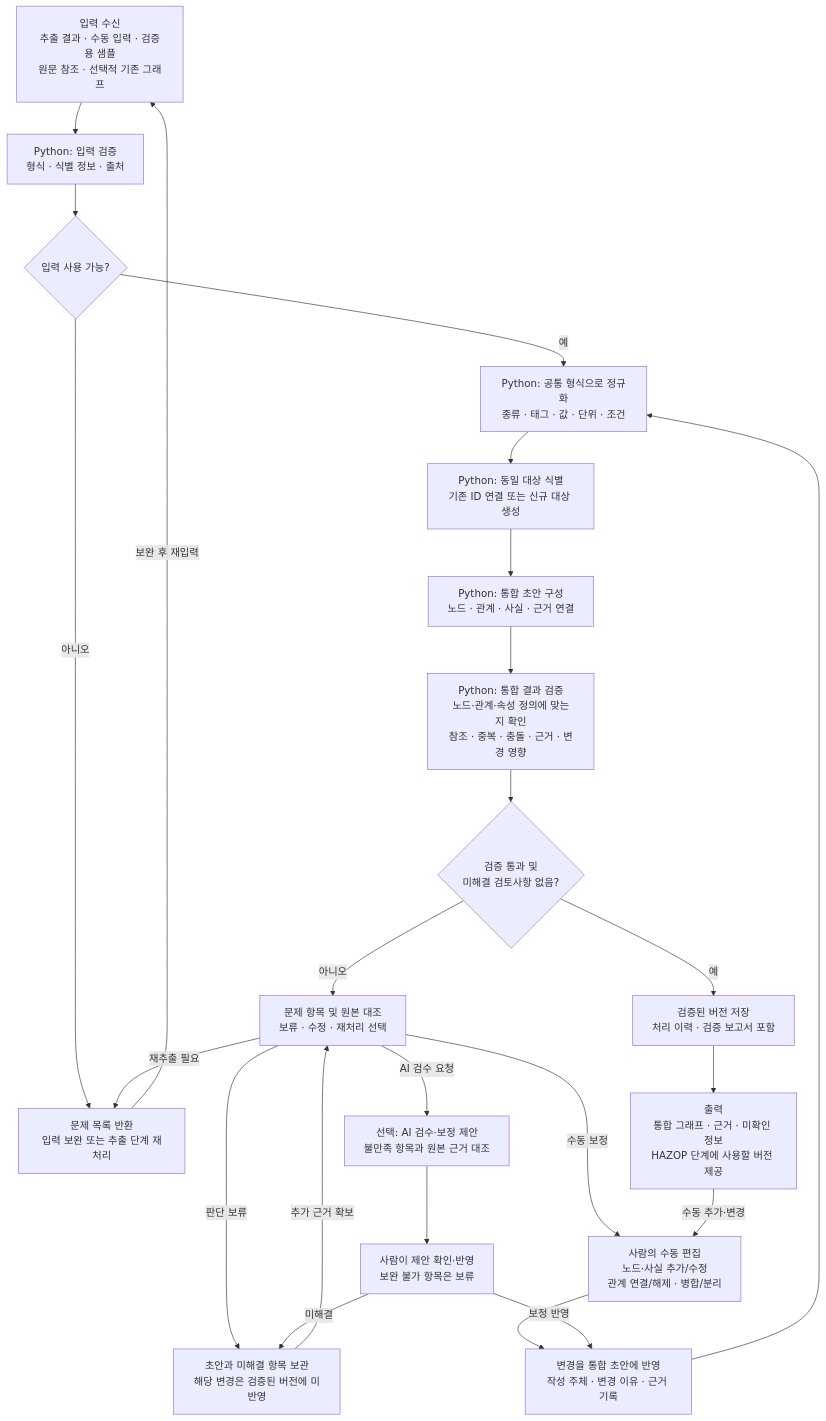
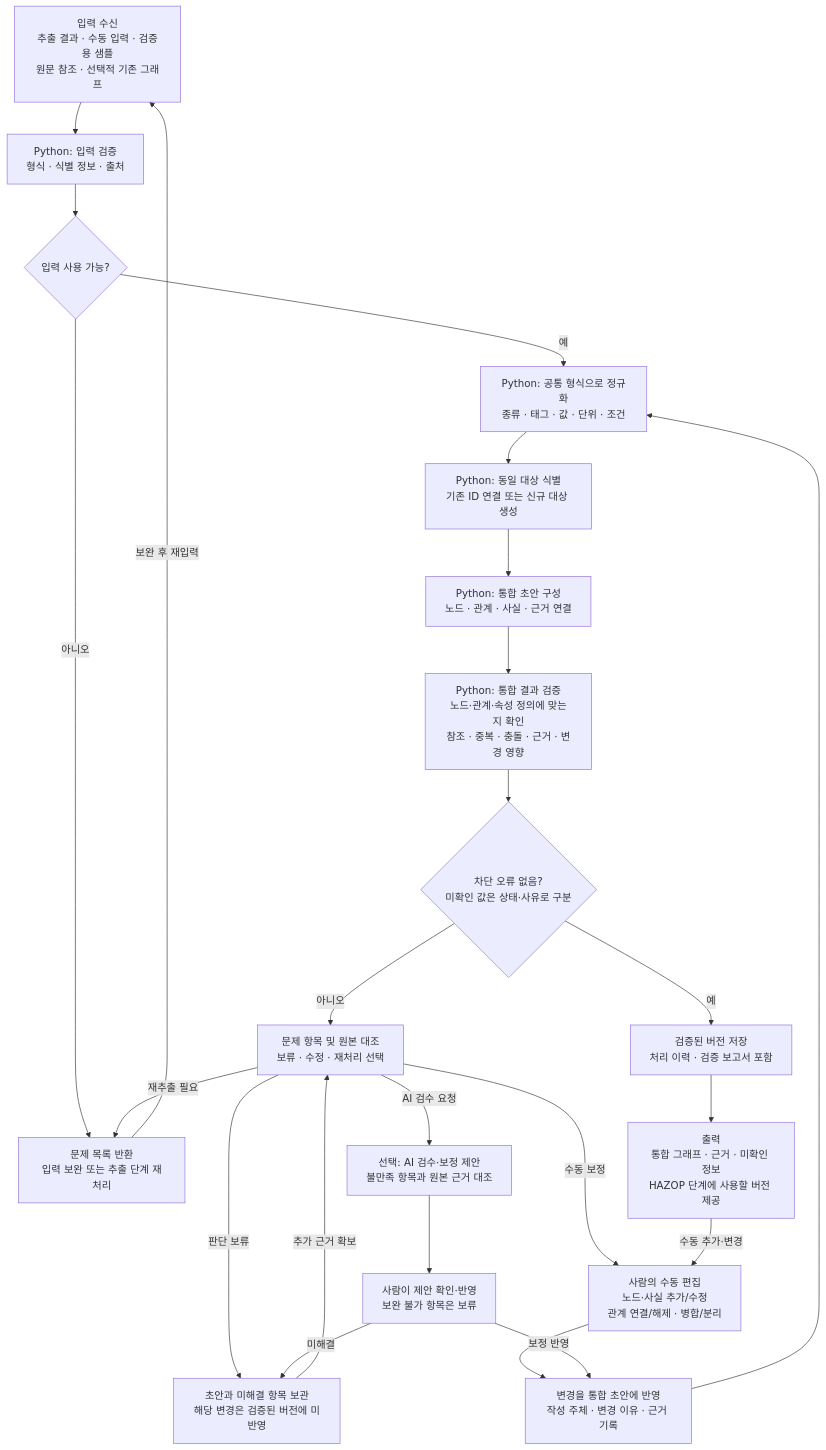
One commit to ReoDe/HAZOP changed the diagram in flow chart/03-integration.md. Above: the diagram before and after it, drawn with Mermaid. The commit also changed other lines of this file and 13 other files, not shown here.

````diff
--- a/flow chart/03-integration.md
+++ b/flow chart/03-integration.md
@@ -16,36 +16,36 @@
 ```mermaid
 flowchart TB
     A["입력 수신<br/>추출 결과 · 수동 입력 · 검증용 샘플<br/>원문 참조 · 선택적 기존 그래프"]
     B["Python: 입력 검증<br/>형식 · 식별 정보 · 출처"]
     C{"입력 사용 가능?"}
     X["문제 목록 반환<br/>입력 보완 또는 추출 단계 재처리"]
     D["Python: 공통 형식으로 정규화<br/>종류 · 태그 · 값 · 단위 · 조건"]
     E["Python: 동일 대상 식별<br/>기존 ID 연결 또는 신규 대상 생성"]
     F["Python: 통합 초안 구성<br/>노드 · 관계 · 사실 · 근거 연결"]
     G["Python: 통합 결과 검증<br/>노드·관계·속성 정의에 맞는지 확인<br/>참조 · 중복 · 충돌 · 근거 · 변경 영향"]
-    H{"검증 통과 및<br/>미해결 검토사항 없음?"}
+    H{"차단 오류 없음?<br/>미확인 값은 상태·사유로 구분"}
     I["문제 항목 및 원본 대조<br/>보류 · 수정 · 재처리 선택"]
     M["사람의 수동 편집<br/>노드·사실 추가/수정<br/>관계 연결/해제 · 병합/분리"]
     N["선택: AI 검수·보정 제안<br/>불만족 항목과 원본 근거 대조"]
     O["사람이 제안 확인·반영<br/>보완 불가 항목은 보류"]
     P["변경을 통합 초안에 반영<br/>작성 주체 · 변경 이유 · 근거 기록"]
     Q["검증된 버전 저장<br/>처리 이력 · 검증 보고서 포함"]
     R["출력<br/>통합 그래프 · 근거 · 미확인 정보<br/>HAZOP 단계에 사용할 버전 제공"]
 
     A --> B --> C
     C -- "아니오" --> X
     X -- "보완 후 재입력" --> A
     C -- "예" --> D --> E --> F --> G --> H
     H -- "예" --> Q --> R
     H -- "아니오" --> I
     I -- "수동 보정" --> M
     I -- "AI 검수 요청" --> N --> O
     I -- "재추출 필요" --> X
     I -- "판단 보류" --> S["초안과 미해결 항목 보관<br/>해당 변경은 검증된 버전에 미반영"]
     M --> P
     O -- "보정 반영" --> P
     O -- "미해결" --> S
     P --> D
     R -- "수동 추가·변경" --> M
     S -- "추가 근거 확보" --> I
 ```
````
